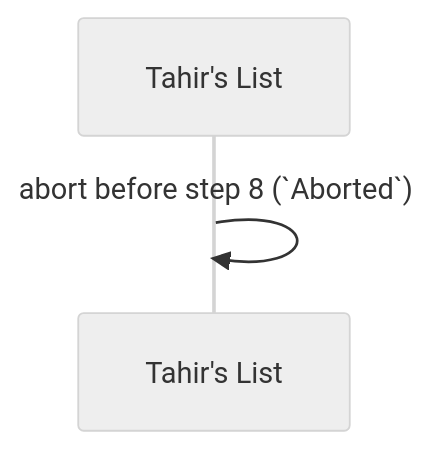
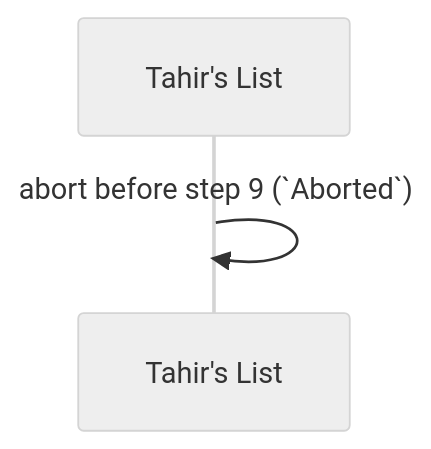
One commit to Losers-Lab/tahirs-list changed the sixth of 11 diagrams in docs/features/SC-211/04-blackbox/UC-01-run-sample-directory-ingestion.md. Above: the diagram before and after it, drawn with Mermaid (neutral theme). The commit also changed other lines of this file and 16 other files, not shown here.

````diff
--- a/docs/features/SC-211/04-blackbox/UC-01-run-sample-directory-ingestion.md
+++ b/docs/features/SC-211/04-blackbox/UC-01-run-sample-directory-ingestion.md
@@ -60,5 +55,5 @@
 ```mermaid
 sequenceDiagram
   participant TL as Tahir's List
-  TL->>TL: abort before step 8 (`Aborted`)
+  TL->>TL: abort before step 9 (`Aborted`)
 ```
````
